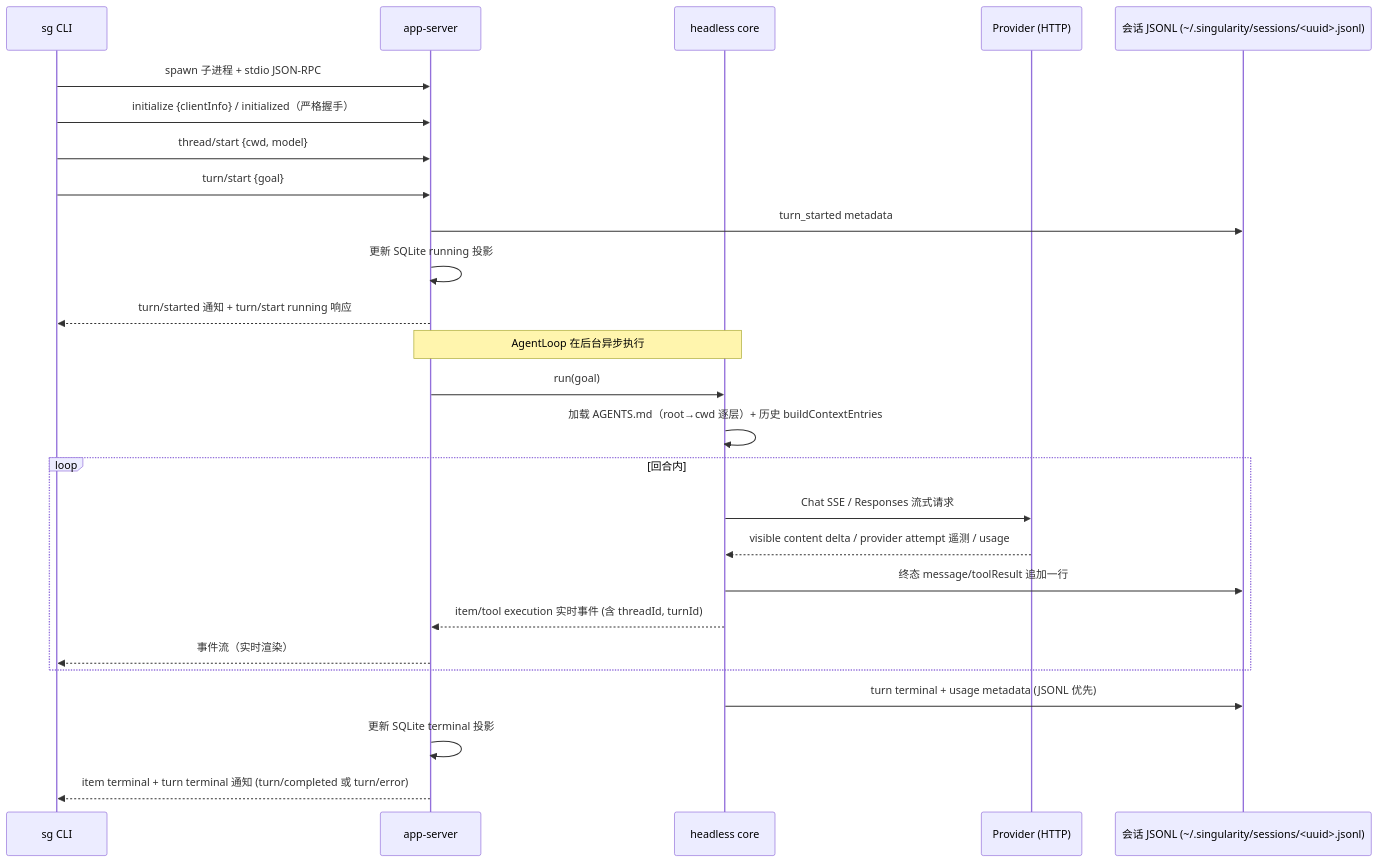
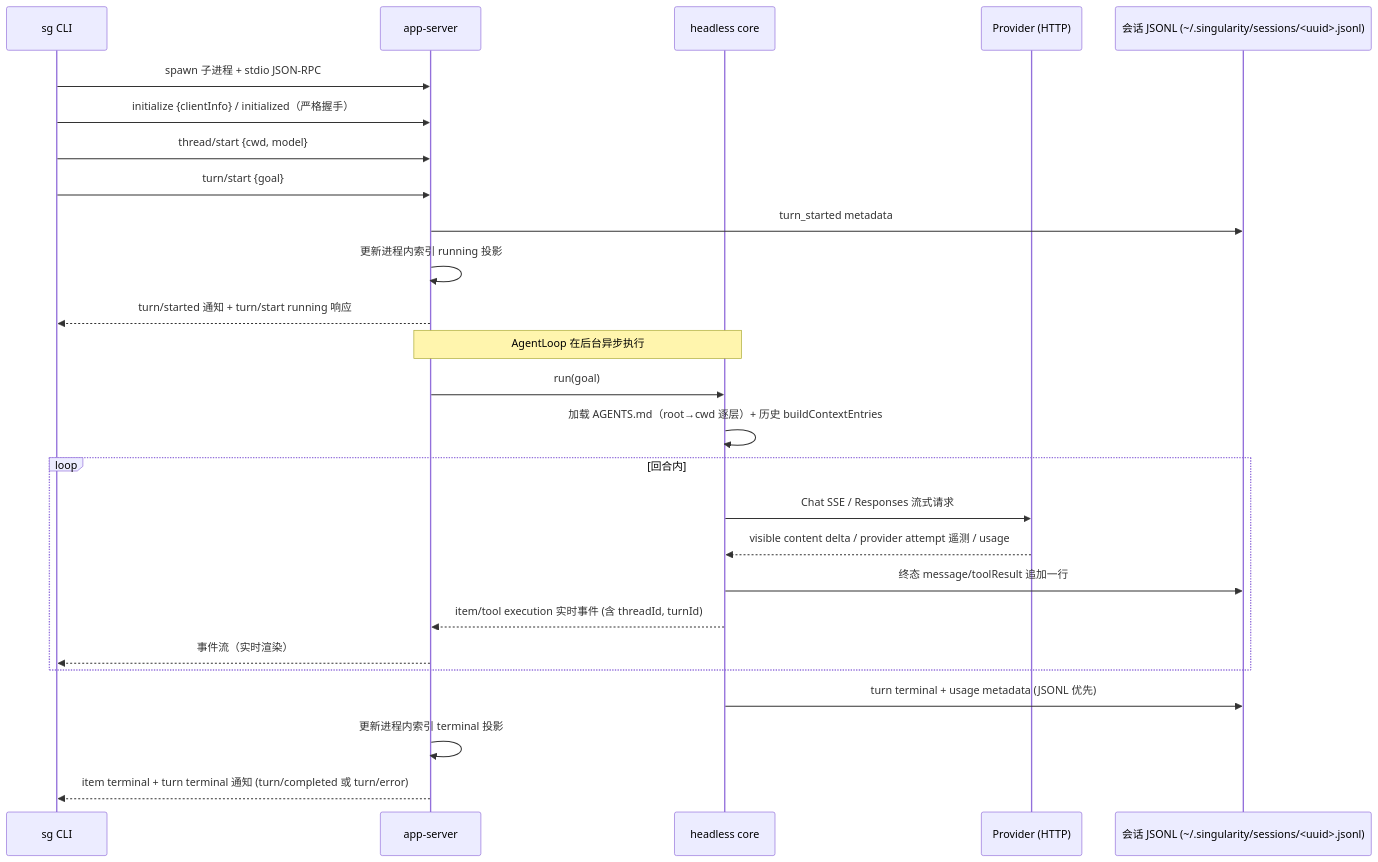
Before and after one commit to qjcnmd/singularity-agent: the second of 7 diagrams in docs/singularity.md, drawn with Mermaid. The commit also changed other lines of this file and 36 other files, not shown here.

````diff
--- a/docs/singularity.md
+++ b/docs/singularity.md
@@ -72,28 +69,28 @@
 ```mermaid
 sequenceDiagram
     participant CLI as sg CLI
     participant S as app-server
     participant C as headless core
     participant P as Provider (HTTP)
     participant F as 会话 JSONL (~/.singularity/sessions/<uuid>.jsonl)
     CLI->>S: spawn 子进程 + stdio JSON-RPC
     CLI->>S: initialize {clientInfo} / initialized（严格握手）
     CLI->>S: thread/start {cwd, model}
     CLI->>S: turn/start {goal}
     S->>F: turn_started metadata
-    S->>S: 更新 SQLite running 投影
+    S->>S: 更新进程内索引 running 投影
     S-->>CLI: turn/started 通知 + turn/start running 响应
     Note over S,C: AgentLoop 在后台异步执行
     S->>C: run(goal)
     C->>C: 加载 AGENTS.md（root→cwd 逐层）+ 历史 buildContextEntries
     loop 回合内
         C->>P: Chat SSE / Responses 流式请求
         P-->>C: visible content delta / provider attempt 遥测 / usage
         C->>F: 终态 message/toolResult 追加一行
         C-->>S: item/tool execution 实时事件 (含 threadId, turnId)
         S-->>CLI: 事件流（实时渲染）
     end
     C->>F: turn terminal + usage metadata (JSONL 优先)
-    S->>S: 更新 SQLite terminal 投影
+    S->>S: 更新进程内索引 terminal 投影
     S-->>CLI: item terminal + turn terminal 通知 (turn/completed 或 turn/error)
 ```
````
